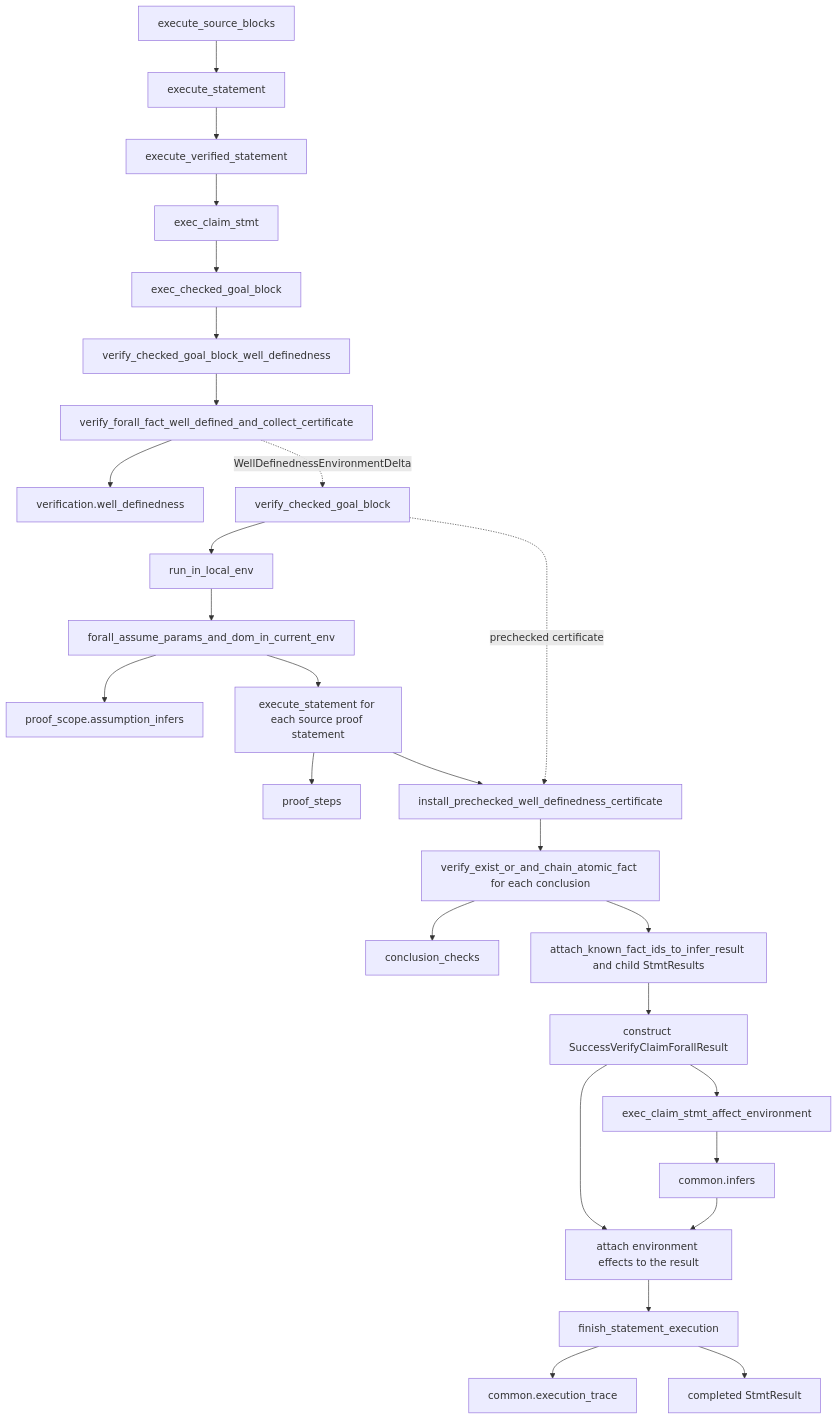
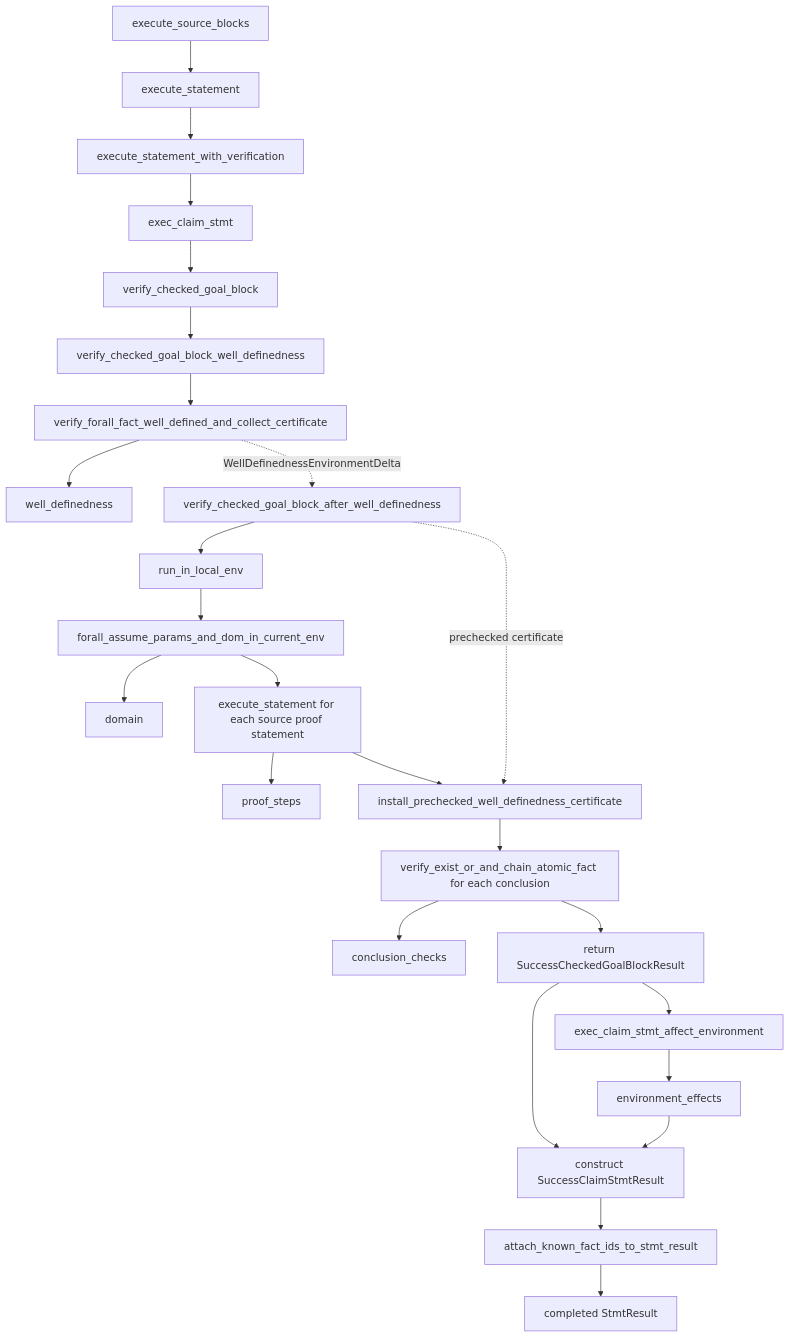
Before and after one commit to litexlang/golitex: the diagram in src/execution/README.md, drawn with Mermaid. The commit also changed other lines of this file and 209 other files, not shown here.

First line of the commit message:
chore(clean): clean execute result

````diff
--- a/src/execution/README.md
+++ b/src/execution/README.md
@@ -39,34 +39,31 @@
 ```mermaid
 flowchart TD
     A[execute_source_blocks] --> B[execute_statement]
-    B --> C[execute_verified_statement]
+    B --> C[execute_statement_with_verification]
     C --> D[exec_claim_stmt]
 
-    D --> E[exec_checked_goal_block]
+    D --> E[verify_checked_goal_block]
     E --> F[verify_checked_goal_block_well_definedness]
     F --> G[verify_forall_fact_well_defined_and_collect_certificate]
-    G --> WD[verification.well_definedness]
-    G -. WellDefinednessEnvironmentDelta .-> H[verify_checked_goal_block]
+    G --> WD[well_definedness]
+    G -. WellDefinednessEnvironmentDelta .-> H[verify_checked_goal_block_after_well_definedness]
 
     H --> I[run_in_local_env]
     I --> J[forall_assume_params_and_dom_in_current_env]
-    J --> DOMAIN[proof_scope.assumption_infers]
+    J --> DOMAIN[domain]
 
     J --> K[execute_statement for each source proof statement]
     K --> STEPS[proof_steps]
     K --> L[install_prechecked_well_definedness_certificate]
     H -. prechecked certificate .-> L
 
     L --> M[verify_exist_or_and_chain_atomic_fact for each conclusion]
     M --> CHECKS[conclusion_checks]
-    M --> N[attach_known_fact_ids_to_infer_result and child StmtResults]
-    N --> O[construct SuccessVerifyClaimForallResult]
-
-    O --> P[exec_claim_stmt_affect_environment]
-    P --> EFFECTS[common.infers]
-    O --> MERGE[attach environment effects to the result]
-    EFFECTS --> MERGE
-    MERGE --> Q[finish_statement_execution]
-    Q --> TRACE[common.execution_trace]
+    M --> N[return SuccessCheckedGoalBlockResult]
+    N --> P[exec_claim_stmt_affect_environment]
+    P --> EFFECTS[environment_effects]
+    N --> O[construct SuccessClaimStmtResult]
+    EFFECTS --> O
+    O --> Q[attach_known_fact_ids_to_stmt_result]
     Q --> R[completed StmtResult]
 ```
````
